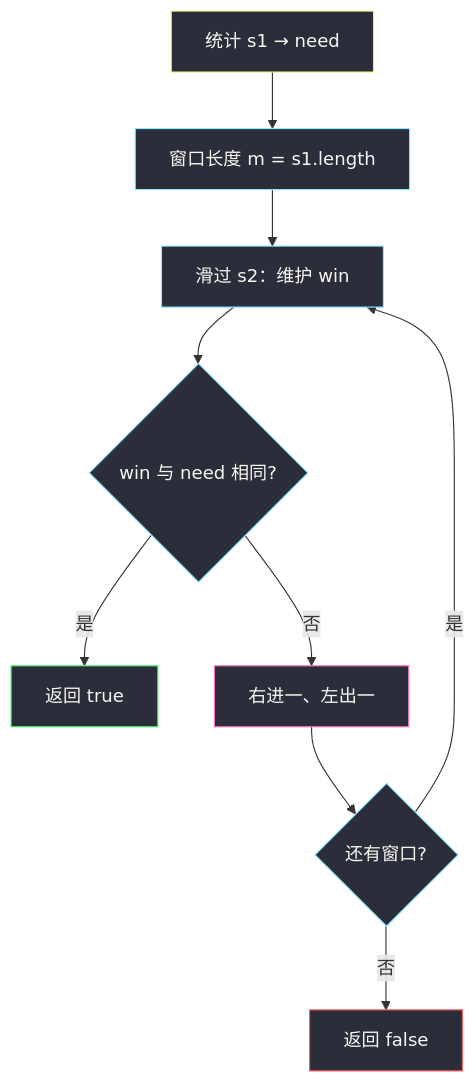
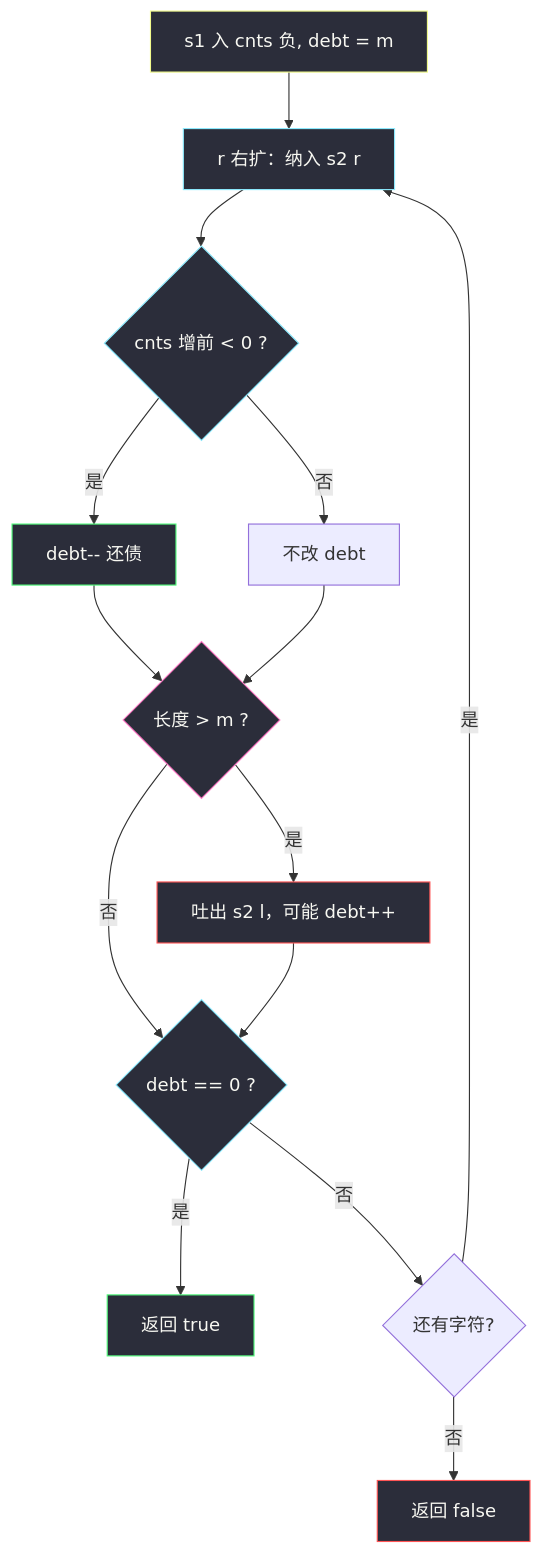
One commit to socoo123/algorithm_pratices_web changed the first of 2 diagrams in solutions/base/permutation-in-string.md. Above: the diagram before and after it, drawn with Mermaid. The commit also changed other lines of this file and 14 other files, not shown here.

````diff
--- a/solutions/base/permutation-in-string.md
+++ b/solutions/base/permutation-in-string.md
@@ -88,20 +110,26 @@
 ```mermaid
 flowchart TD
-    A["统计 s1 → need"] --> B["窗口长度 m = s1.length"]
-    B --> C["滑过 s2：维护 win"]
-    C --> D{"win 与 need 相同?"}
-    D -->|"是"| E["返回 true"]
-    D -->|"否"| F["右进一、左出一"]
-    F --> G{"还有窗口?"}
-    G -->|"是"| C
-    G -->|"否"| H["返回 false"]
+    A["s1 入 cnts 负, debt = m"] --> B["r 右扩：纳入 s2 r"]
+    B --> C{"cnts 增前 < 0 ?"}
+    C -->|"是"| D["debt-- 还债"]
+    C -->|"否"| E["不改 debt"]
+    D --> F{"长度 > m ?"}
+    E --> F
+    F -->|"是"| G["吐出 s2 l，可能 debt++"]
+    F -->|"否"| H{"debt == 0 ?"}
+    G --> H
+    H -->|"是"| I["返回 true"]
+    H -->|"否"| J{"还有字符?"}
+    J -->|"是"| B
+    J -->|"否"| K["返回 false"]
 
     style A fill:#2b2d3a,stroke:#f1fa8c,color:#f8f8f2
     style B fill:#2b2d3a,stroke:#8be9fd,color:#f8f8f2
     style C fill:#2b2d3a,stroke:#8be9fd,color:#f8f8f2
-    style D fill:#2b2d3a,stroke:#8be9fd,color:#f8f8f2
-    style E fill:#2b2d3a,stroke:#50fa7b,color:#f8f8f2
+    style D fill:#2b2d3a,stroke:#50fa7b,color:#f8f8f2
     style F fill:#2b2d3a,stroke:#ff79c6,color:#f8f8f2
-    style G fill:#2b2d3a,stroke:#8be9fd,color:#f8f8f2
-    style H fill:#2b2d3a,stroke:#ff5555,color:#f8f8f2
+    style G fill:#2b2d3a,stroke:#ff5555,color:#f8f8f2
+    style H fill:#2b2d3a,stroke:#8be9fd,color:#f8f8f2
+    style I fill:#2b2d3a,stroke:#50fa7b,color:#f8f8f2
+    style K fill:#2b2d3a,stroke:#ff5555,color:#f8f8f2
 ```
````
